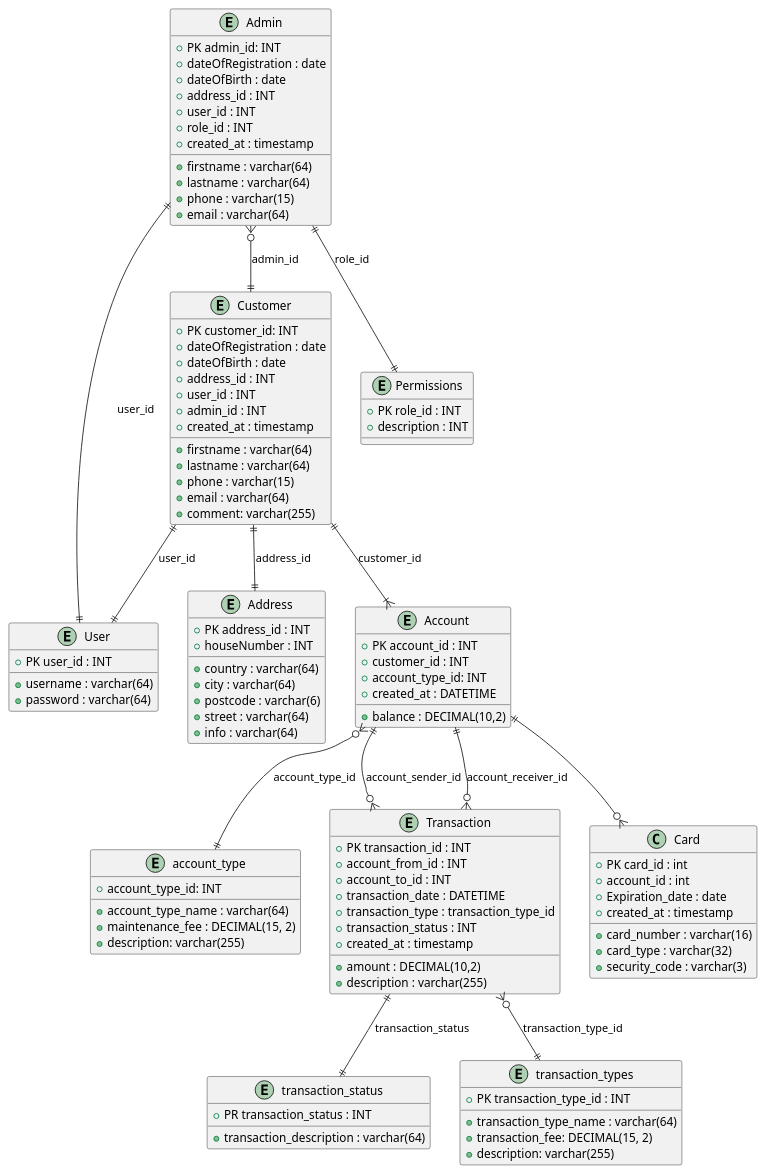
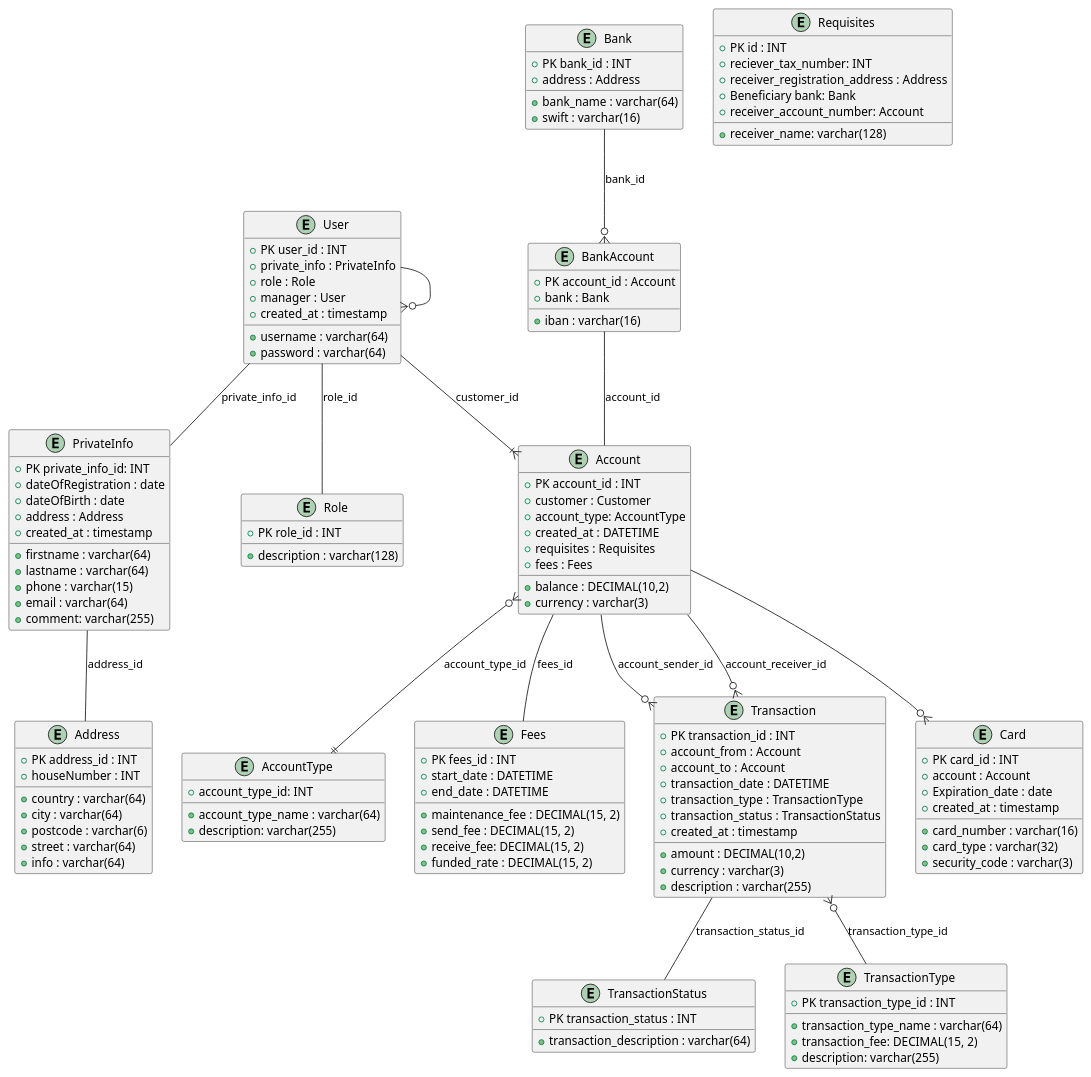
Before and after one commit to jolivuk/ProjectBankSystem: the diagram in src/Diagram.puml, drawn with PlantUML. The commit also changed 1 other file, not shown here.

```diff
--- a/src/Diagram.puml
+++ b/src/Diagram.puml
@@ -1,116 +1,139 @@
 @startuml
 'https://plantuml.com/sequence-diagram
 
 entity User{
     + PK user_id : INT
+    + private_info : PrivateInfo
     + username : varchar(64)
     + password : varchar(64)
+    + role : Role
+    + manager : User
+    + created_at : timestamp
 }
 
-entity Customer{
-    + PK customer_id: INT
+
+entity PrivateInfo{
+    + PK private_info_id: INT
     + firstname : varchar(64)
     + lastname : varchar(64)
     + dateOfRegistration : date
     + dateOfBirth : date
-    + address_id : INT
+    + address : Address
     + phone : varchar(15)
-    + user_id : INT
     + email : varchar(64)
-    + admin_id : INT
     + comment: varchar(255)
-    + created_at : timestamp
-}
-
-entity Admin{
-    + PK admin_id: INT
-    + firstname : varchar(64)
-    + lastname : varchar(64)
-    + dateOfRegistration : date
-    + dateOfBirth : date
-    + address_id : INT
-    + phone : varchar(15)
-    + user_id : INT
-    + role_id : INT
-    + email : varchar(64)
     + created_at : timestamp
 }
 
 entity Address{
     + PK address_id : INT
     + country : varchar(64)
     + city : varchar(64)
     + postcode : varchar(6)
     + street : varchar(64)
     + houseNumber : INT
     + info : varchar(64)
 }
 
-entity Permissions{
+entity Role{
     + PK role_id : INT
-    + description : INT
+    + description : varchar(128)
 }
+
 
 entity Account {
     + PK account_id : INT
-    + customer_id : INT
-    + account_type_id: INT
+    + customer : Customer
+    + account_type: AccountType
     + balance : DECIMAL(10,2)
     + created_at : DATETIME
+    + requisites : Requisites
+    + currency : varchar(3)
+    + fees : Fees
 }
-
-entity account_type{
+entity AccountType{
     + account_type_id: INT
     + account_type_name : varchar(64)
-    + maintenance_fee : DECIMAL(15, 2)
     + description: varchar(255)
 }
-
+entity Fees{
+        +PK fees_id : INT
+        + maintenance_fee : DECIMAL(15, 2)
+        + send_fee : DECIMAL(15, 2)
+        + receive_fee: DECIMAL(15, 2)
+        + funded_rate : DECIMAL(15, 2)
+        + start_date : DATETIME
+        + end_date : DATETIME
+}
 entity Transaction {
     + PK transaction_id : INT
-    + account_from_id : INT
-    + account_to_id : INT
+    + account_from : Account
+    + account_to : Account
     + amount : DECIMAL(10,2)
+    + currency : varchar(3)
     + description : varchar(255)
     + transaction_date : DATETIME
-    + transaction_type : transaction_type_id
-    + transaction_status : INT
+    + transaction_type : TransactionType
+    + transaction_status : TransactionStatus
     + created_at : timestamp
 }
 
-entity transaction_status{
-    + PR transaction_status : INT
+entity TransactionStatus{
+    + PK transaction_status : INT
     + transaction_description : varchar(64)
 }
-
-entity transaction_types{
+entity TransactionType{
     + PK transaction_type_id : INT
     + transaction_type_name : varchar(64)
     + transaction_fee: DECIMAL(15, 2)
     + description: varchar(255)
 }
 
-class Card {
-    + PK card_id : int
-    + account_id : int
+entity Card {
+    + PK card_id : INT
+    + account : Account
     + card_number : varchar(16)
     + card_type : varchar(32)
     + Expiration_date : date
     + security_code : varchar(3)
     + created_at : timestamp
 }
+entity Bank{
+    + PK bank_id : INT
+    + bank_name : varchar(64)
+    + swift : varchar(16)
+    + address : Address
+}
+
+entity BankAccount{
+    + PK account_id : Account
+    + iban : varchar(16)
+    + bank : Bank
+}
+entity Requisites{
+    + PK id : INT
+    + reciever_tax_number: INT
+    + receiver_name: varchar(128)
+    +  receiver_registration_address : Address
+    +  Beneﬁciary bank: Bank
+    +  receiver_account_number: Account
+}
 
 
-Customer ||--|| Address : address_id
-Customer ||--|| User : user_id
-Customer ||--|{ Account : customer_id
-Admin ||--|| User : user_id
-Admin ||--|| Permissions : role_id
-Account ||--o{ Transaction : account_sender_id
-Account ||--o{ Transaction : account_receiver_id
-Admin }o--|| Customer : admin_id
-Transaction ||--|| transaction_status : transaction_status
-Account ||--o{ Card
-Transaction }o--|| transaction_types : transaction_type_id
-Account }o--|| account_type : account_type_id
+
+
+PrivateInfo -- Address : address_id
+User --|{ Account : customer_id
+User -- PrivateInfo : private_info_id
+User -- Role : role_id
+User --o{User
+Account --o{ Transaction : account_sender_id
+Account --o{ Transaction : account_receiver_id
+Transaction -- TransactionStatus : transaction_status_id
+Account --o{ Card
+Transaction }o-- TransactionType : transaction_type_id
+Account }o--|| AccountType : account_type_id
+Bank --o{ BankAccount : bank_id
+BankAccount -- Account : account_id
+Account --Fees : fees_id
 @enduml
```
